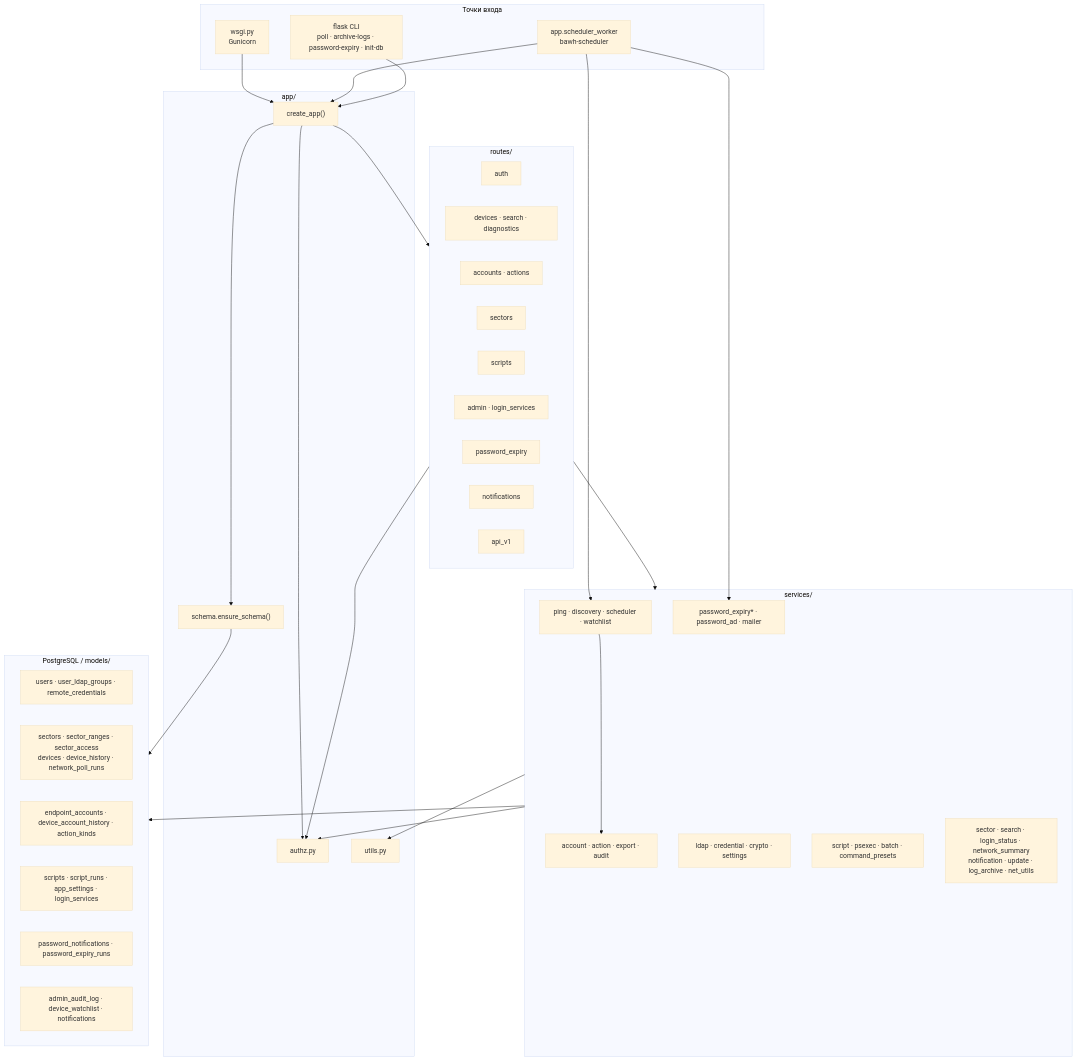
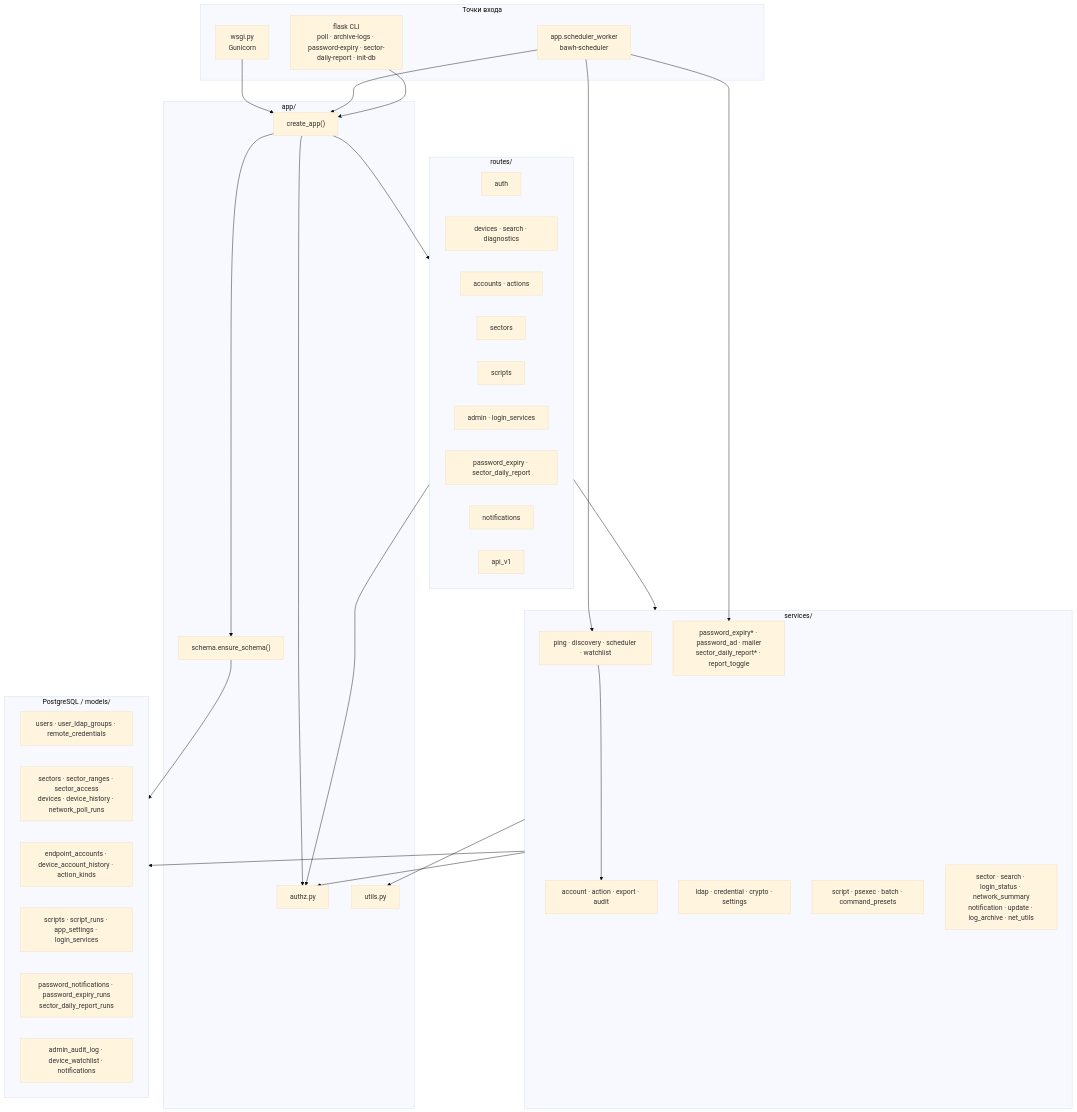
One commit to blazerity/admin-webhelper changed the first of 2 diagrams in docs/ARCHITECTURE.md. Above: the diagram before and after it, drawn with Mermaid (base theme). The commit also changed other lines of this file and 24 other files, not shown here.

````diff
--- a/docs/ARCHITECTURE.md
+++ b/docs/ARCHITECTURE.md
@@ -113,61 +113,61 @@
 ```mermaid
 flowchart TB
   subgraph entry["Точки входа"]
     WSGI["wsgi.py<br/>Gunicorn"]
     SCHED["app.scheduler_worker<br/>bawh-scheduler"]
-    CLI["flask CLI<br/>poll · archive-logs · password-expiry · init-db"]
+    CLI["flask CLI<br/>poll · archive-logs · password-expiry · sector-daily-report · init-db"]
   end
 
   subgraph app_core["app/"]
     CREATE["create_app()"]
     SCHEMA["schema.ensure_schema()"]
     AUTH["authz.py"]
     UTILS["utils.py"]
   end
 
   subgraph http["routes/"]
     R_AUTH["auth"]
     R_DEV["devices · search · diagnostics"]
     R_ACC["accounts · actions"]
     R_SEC["sectors"]
     R_SCR["scripts"]
     R_ADM["admin · login_services"]
-    R_PWD["password_expiry"]
+    R_PWD["password_expiry · sector_daily_report"]
     R_NTF["notifications"]
     R_API["api_v1"]
   end
 
   subgraph services["services/"]
     S_POLL["ping · discovery · scheduler · watchlist"]
     S_ACC["account · action · export · audit"]
     S_ID["ldap · credential · crypto · settings"]
     S_RUN["script · psexec · batch · command_presets"]
-    S_PWD["password_expiry* · password_ad · mailer"]
+    S_PWD["password_expiry* · password_ad · mailer<br/>sector_daily_report* · report_toggle"]
     S_OTH["sector · search · login_status · network_summary<br/>notification · update · log_archive · net_utils"]
   end
 
   subgraph data["PostgreSQL / models/"]
     M_USER["users · user_ldap_groups · remote_credentials"]
     M_NET["sectors · sector_ranges · sector_access<br/>devices · device_history · network_poll_runs"]
     M_ACC["endpoint_accounts · device_account_history · action_kinds"]
     M_SCR["scripts · script_runs · app_settings · login_services"]
-    M_PWD["password_notifications · password_expiry_runs"]
+    M_PWD["password_notifications · password_expiry_runs<br/>sector_daily_report_runs"]
     M_NTF["admin_audit_log · device_watchlist · notifications"]
   end
 
   WSGI --> CREATE
   SCHED --> CREATE
   CLI --> CREATE
   CREATE --> SCHEMA
   CREATE --> http
   CREATE --> AUTH
   http --> services
   http --> AUTH
   SCHED --> S_POLL
   SCHED --> S_PWD
   services --> data
   services --> AUTH
   services --> UTILS
   S_POLL --> S_ACC
   SCHEMA --> data
 ```
````
